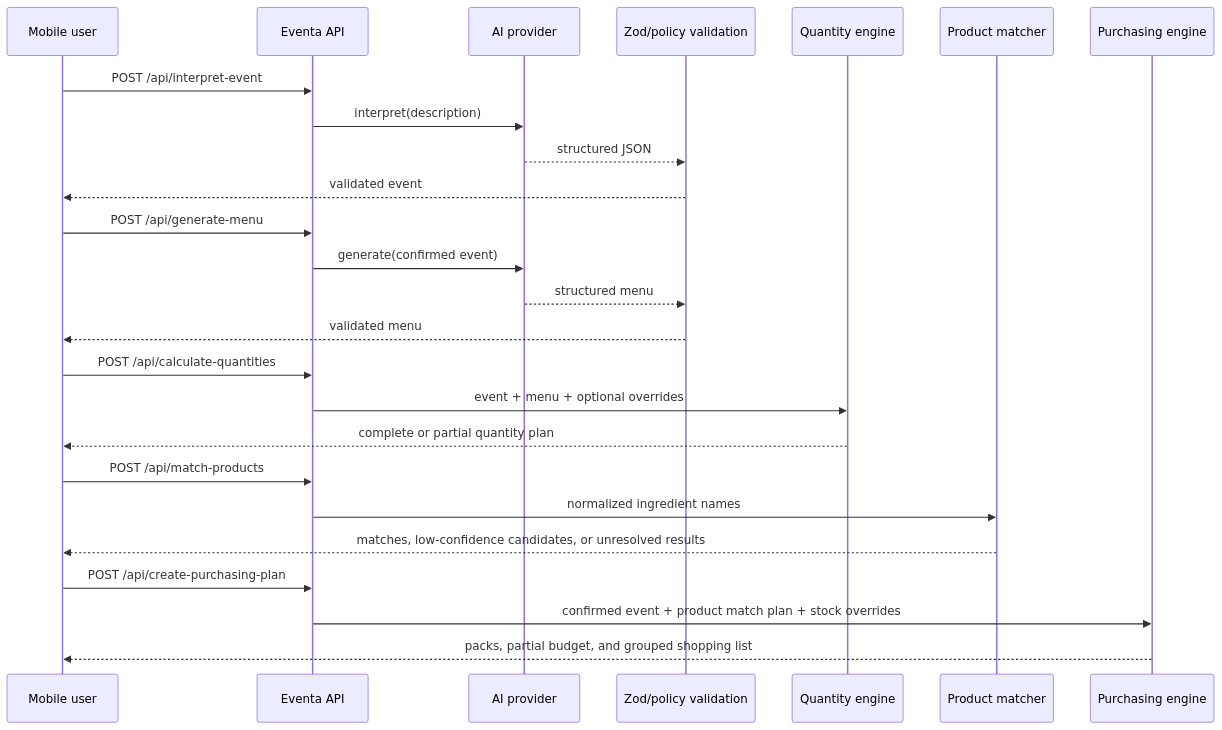
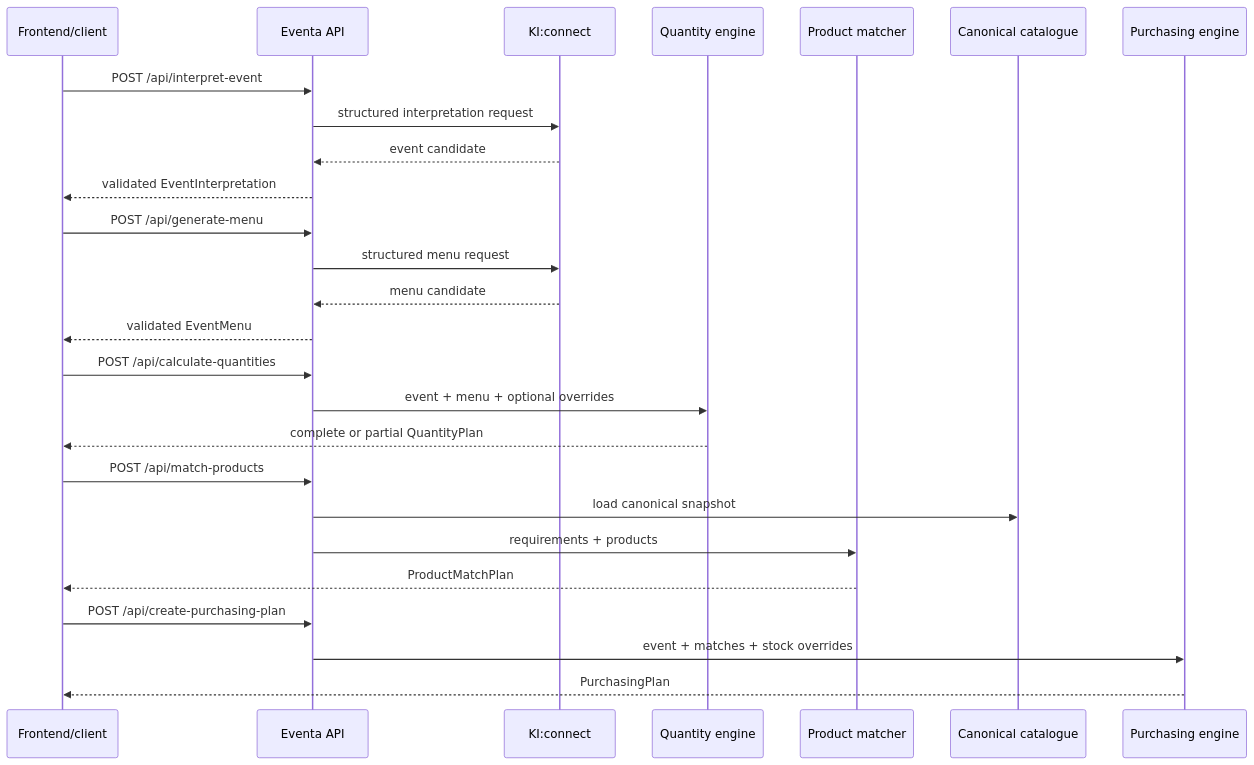
One commit to farnazkh23/Eventa changed the second of 2 diagrams in docs/ARCHITECTURE.md. Above: the diagram before and after it, drawn with Mermaid. The commit also changed other lines of this file and 33 other files, not shown here.

Commit message:
chore: align Eventa architecture and documentation

````diff
--- a/docs/ARCHITECTURE.md
+++ b/docs/ARCHITECTURE.md
@@ -25,28 +33,33 @@
 ```mermaid
 sequenceDiagram
-  participant U as Mobile user
+  participant F as Frontend/client
   participant A as Eventa API
-  participant P as AI provider
-  participant V as Zod/policy validation
+  participant K as KI:connect
   participant Q as Quantity engine
   participant M as Product matcher
-  participant B as Purchasing engine
+  participant C as Canonical catalogue
+  participant P as Purchasing engine
 
-  U->>A: POST /api/interpret-event
-  A->>P: interpret(description)
-  P-->>V: structured JSON
-  V-->>U: validated event
-  U->>A: POST /api/generate-menu
-  A->>P: generate(confirmed event)
-  P-->>V: structured menu
-  V-->>U: validated menu
-  U->>A: POST /api/calculate-quantities
+  F->>A: POST /api/interpret-event
+  A->>K: structured interpretation request
+  K-->>A: event candidate
+  A-->>F: validated EventInterpretation
+
+  F->>A: POST /api/generate-menu
+  A->>K: structured menu request
+  K-->>A: menu candidate
+  A-->>F: validated EventMenu
+
+  F->>A: POST /api/calculate-quantities
   A->>Q: event + menu + optional overrides
-  Q-->>U: complete or partial quantity plan
-  U->>A: POST /api/match-products
-  A->>M: normalized ingredient names
-  M-->>U: matches, low-confidence candidates, or unresolved results
-  U->>A: POST /api/create-purchasing-plan
-  A->>B: confirmed event + product match plan + stock overrides
-  B-->>U: packs, partial budget, and grouped shopping list
+  Q-->>F: complete or partial QuantityPlan
+
+  F->>A: POST /api/match-products
+  A->>C: load canonical snapshot
+  A->>M: requirements + products
+  M-->>F: ProductMatchPlan
+
+  F->>A: POST /api/create-purchasing-plan
+  A->>P: event + matches + stock overrides
+  P-->>F: PurchasingPlan
 ```
````
